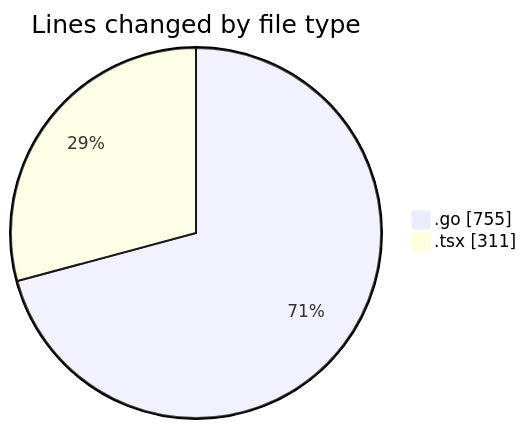
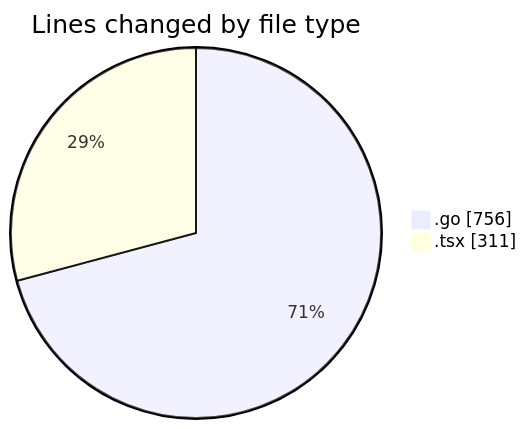
Before and after one commit to robertbonfada/code-tracking: the first of 2 diagrams in 2025-03-01/termonied_testador/README.md, drawn with Mermaid. The commit also changed other lines of this file and 1 other file, not shown here.

````diff
--- a/2025-03-01/termonied_testador/README.md
+++ b/2025-03-01/termonied_testador/README.md
@@ -28,6 +28,6 @@
 ```mermaid
 pie showData
 title Lines changed by file type
-".go" : 755
+".go" : 756
 ".tsx" : 311
 ```
````
